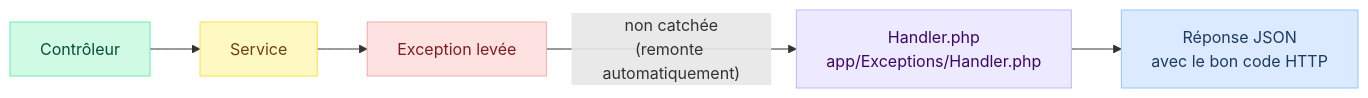
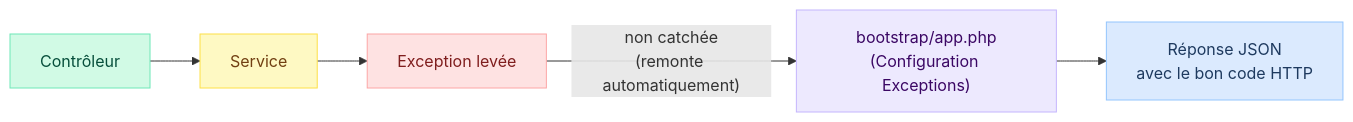
The second of 3 diagrams in docs/doc_technique.md (hyosua/sygma), drawn with Mermaid before and after one commit. The commit also changed other lines of this file, not shown here.

Commit message:
docs: mise à jour de la documentation technique (stack, exceptions, mobile)

````diff
--- a/docs/doc_technique.md
+++ b/docs/doc_technique.md
@@ -162,18 +159,18 @@
 ```mermaid
 flowchart LR
     A["Contrôleur"]
     B["Service"]
     C["Exception levée"]
-    D["Handler.php\napp/Exceptions/Handler.php"]
+    D["bootstrap/app.php\n(Configuration Exceptions)"]
     E["Réponse JSON\navec le bon code HTTP"]
 
     A --> B --> C
     C -- "non catchée\n(remonte automatiquement)" --> D
     D --> E
 
     style A fill:#d1fae5,stroke:#6ee7b7,color:#064e3b
     style B fill:#fef9c3,stroke:#fde047,color:#713f12
     style C fill:#fee2e2,stroke:#fca5a5,color:#7f1d1d
     style D fill:#ede9fe,stroke:#c4b5fd,color:#3b0764
     style E fill:#dbeafe,stroke:#93c5fd,color:#1e3a5f
 ```
````
